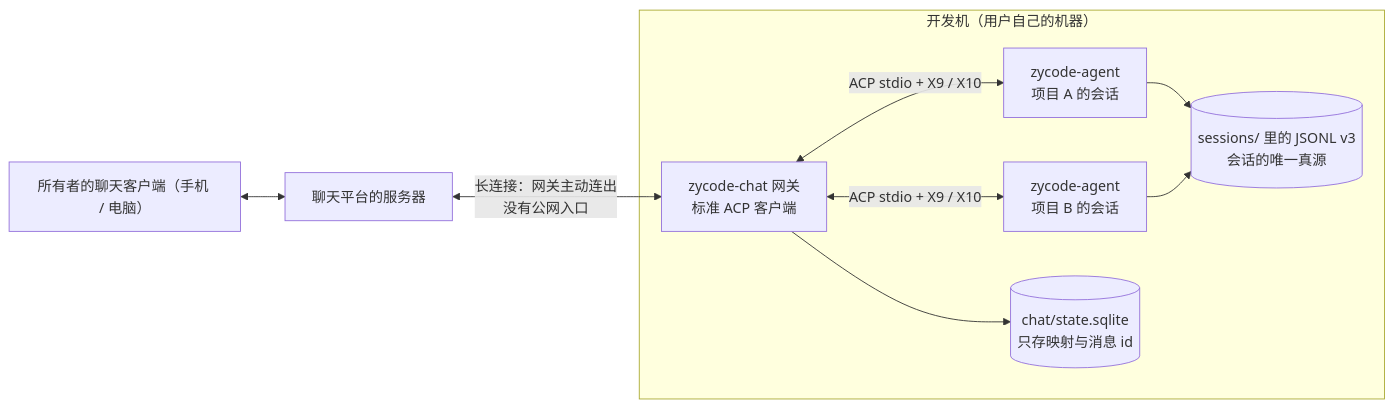
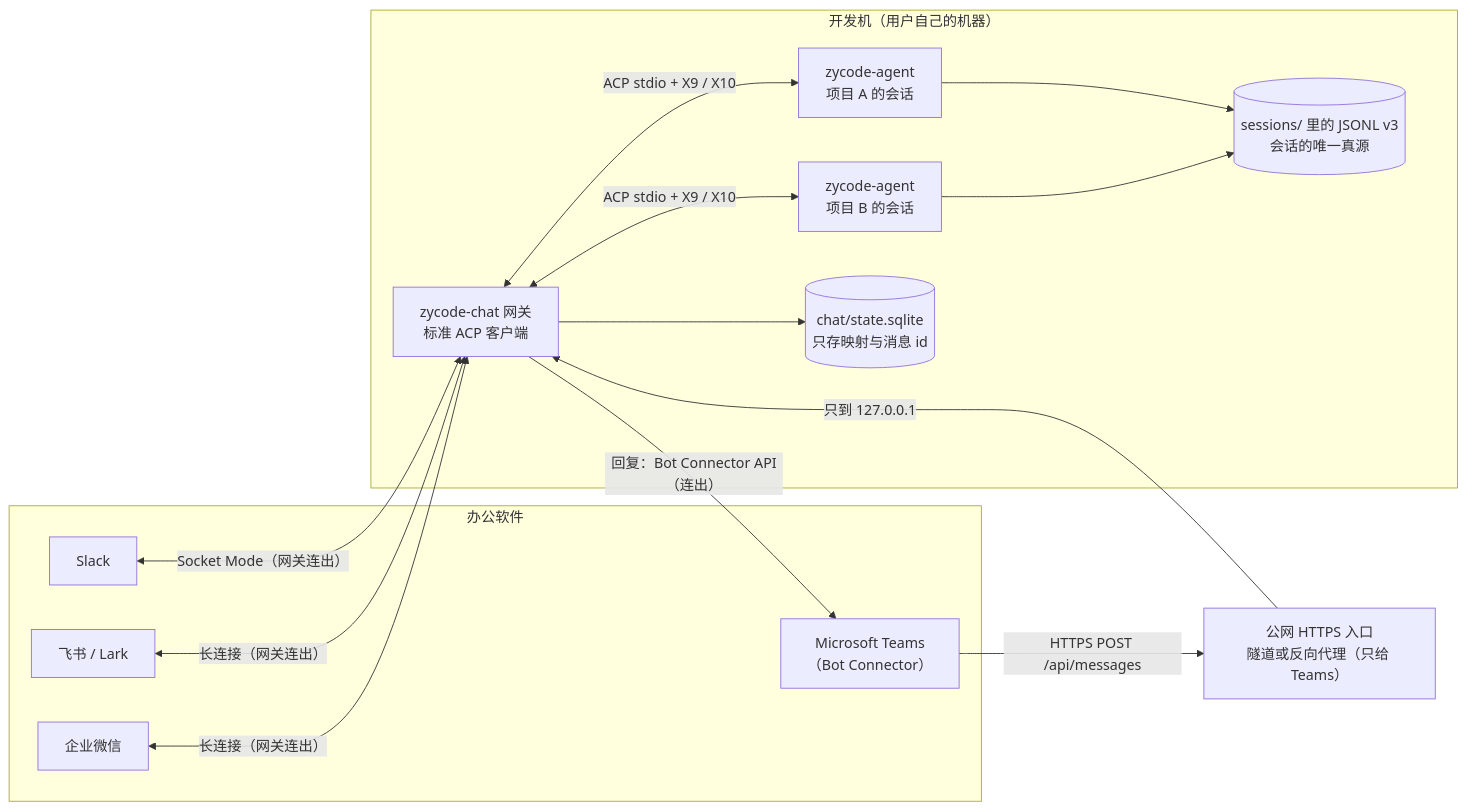
Before and after one commit to zy1233/pi-python: the diagram in docs/specs/2026-11-28-chat-gateway-design.md, drawn with Mermaid. The commit also changed other lines of this file, not shown here.

First line of the commit message:
docs(specs): chat gateway v2 - office platforms (Slack, Teams, Lark, WeCom)

````diff
--- a/docs/specs/2026-11-28-chat-gateway-design.md
+++ b/docs/specs/2026-11-28-chat-gateway-design.md
@@ -83,19 +86,28 @@
 ```mermaid
 flowchart LR
-    U["所有者的聊天客户端（手机 / 电脑）"]
-    P["聊天平台的服务器"]
+    subgraph Platforms["办公软件"]
+        SL["Slack"]
+        LK["飞书 / Lark"]
+        WC["企业微信"]
+        TM["Microsoft Teams<br/>（Bot Connector）"]
+    end
+    IN["公网 HTTPS 入口<br/>隧道或反向代理（只给 Teams）"]
     subgraph Dev["开发机（用户自己的机器）"]
         GW["zycode-chat 网关<br/>标准 ACP 客户端"]
         A1["zycode-agent<br/>项目 A 的会话"]
         A2["zycode-agent<br/>项目 B 的会话"]
         S[("sessions/ 里的 JSONL v3<br/>会话的唯一真源")]
         ST[("chat/state.sqlite<br/>只存映射与消息 id")]
     end
-    U <--> P
-    P <-->|"长连接：网关主动连出<br/>没有公网入口"| GW
+    SL <-->|"Socket Mode（网关连出）"| GW
+    LK <-->|"长连接（网关连出）"| GW
+    WC <-->|"长连接（网关连出）"| GW
+    TM -->|"HTTPS POST /api/messages"| IN
+    IN -->|"只到 127.0.0.1"| GW
+    GW -->|"回复：Bot Connector API（连出）"| TM
     GW <-->|"ACP stdio + X9 / X10"| A1
     GW <-->|"ACP stdio + X9 / X10"| A2
     A1 --> S
     A2 --> S
     GW --> ST
 ```
````
